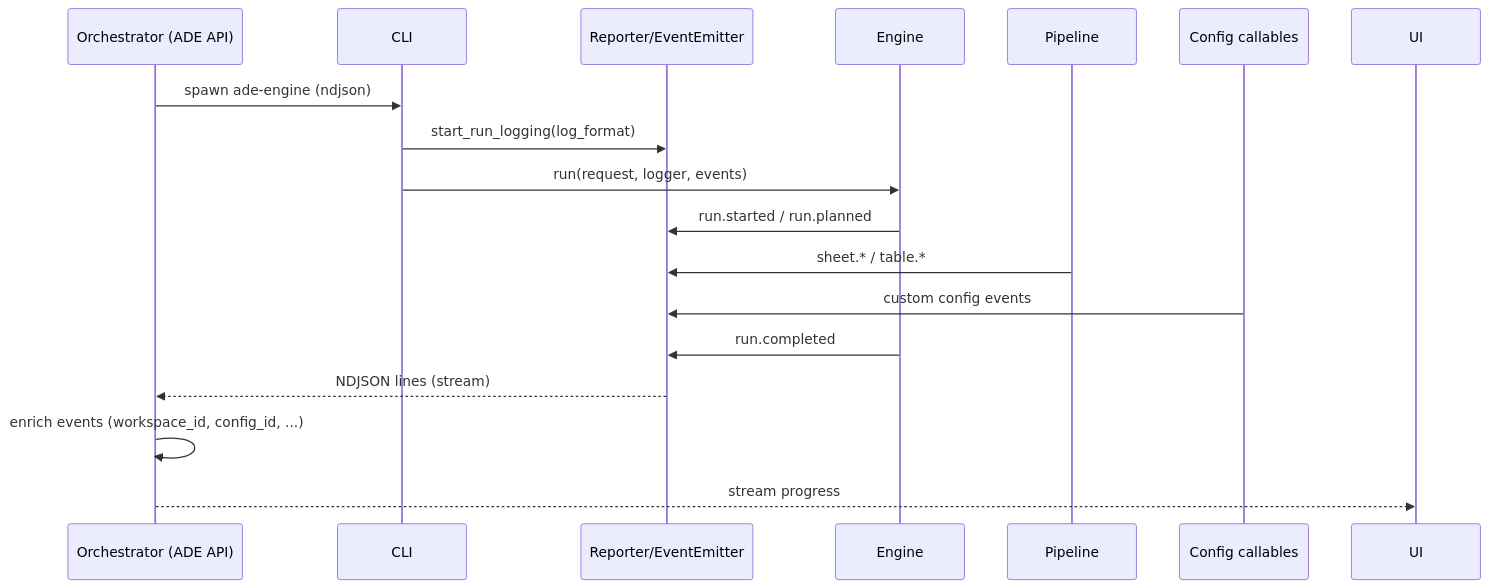
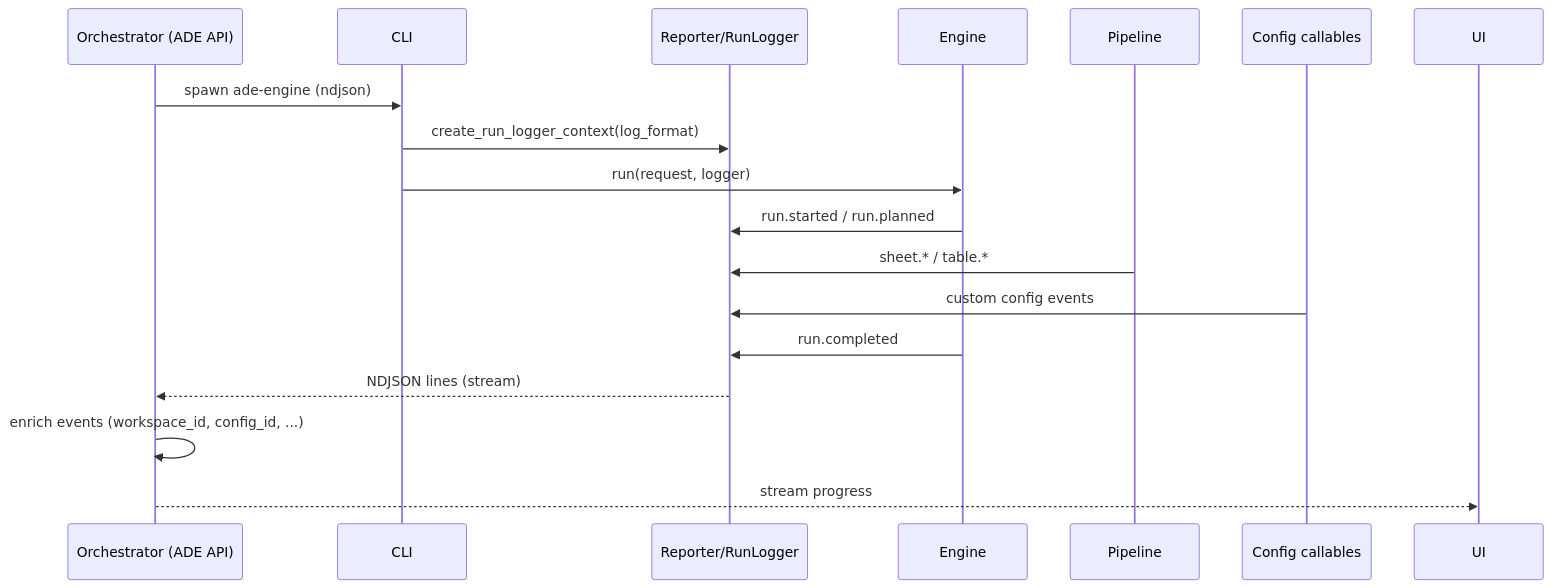
Before and after one commit to clac-ca/ade-engine: the second of 2 diagrams in AGENTS.md, drawn with Mermaid. The commit also changed other lines of this file and 23 other files, not shown here.

First line of the commit message:
Refactor logging and event handling in ADE engine

````diff
--- a/AGENTS.md
+++ b/AGENTS.md
@@ -133,20 +133,20 @@
 ```mermaid
 sequenceDiagram
   participant API as Orchestrator (ADE API)
   participant CLI as CLI
-  participant Rep as Reporter/EventEmitter
+  participant Rep as Reporter/RunLogger
   participant Eng as Engine
   participant Pipe as Pipeline
   participant Cfg as Config callables
 
   API->>CLI: spawn ade-engine (ndjson)
-  CLI->>Rep: start_run_logging(log_format)
-  CLI->>Eng: run(request, logger, events)
+  CLI->>Rep: create_run_logger_context(log_format)
+  CLI->>Eng: run(request, logger)
   Eng->>Rep: run.started / run.planned
   Pipe->>Rep: sheet.* / table.*
   Cfg->>Rep: custom config events
   Eng->>Rep: run.completed
   Rep-->>API: NDJSON lines (stream)
   API->>API: enrich events (workspace_id, config_id, ...)
   API-->>UI: stream progress
 ```
````
